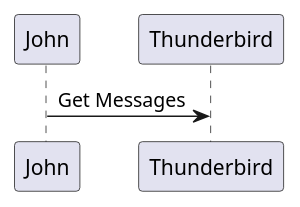
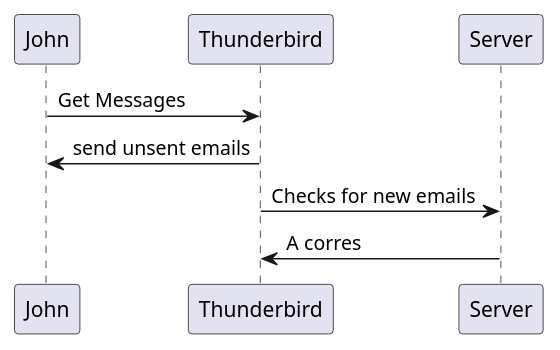
Before and after one commit to Anxiu0101/Semester4LectureNotes: the diagram in CS335FZ-Software-Engineering-Software-Process/FinalExam/AUTUMN 2019 EXAMINATION.md, drawn with PlantUML.

Commit message:
vault backup: 2022-06-19 09:34:54

````diff
--- a/CS335FZ-Software-Engineering-Software-Process/FinalExam/AUTUMN 2019 EXAMINATION.md
+++ b/CS335FZ-Software-Engineering-Software-Process/FinalExam/AUTUMN 2019 EXAMINATION.md
@@ -33,3 +33,6 @@
 ```puml
 John -> Thunderbird: Get Messages
+Thunderbird -> John: send unsent emails
+Thunderbird -> Server: Checks for new emails
+Server -> Thunderbird: A corres
 ```
````
